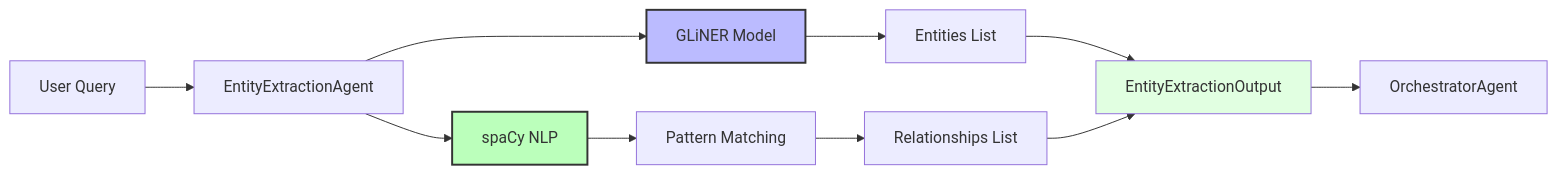
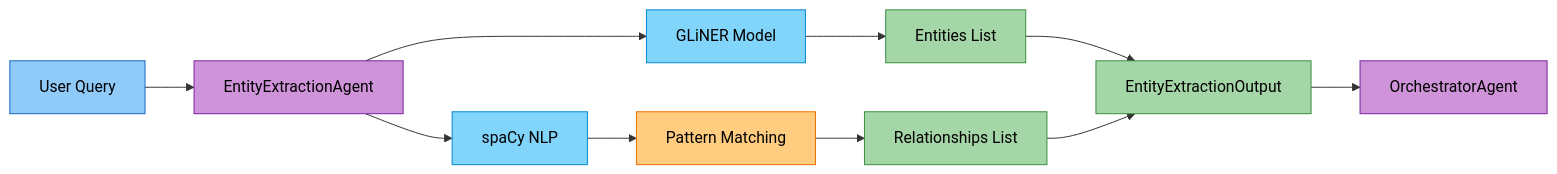
One commit to amit-jain/cogniverse changed the sixth of 20 diagrams in docs/modules/agents.md. Above: the diagram before and after it, drawn with Mermaid. The commit also changed other lines of this file and 83 other files, not shown here.

First line of the commit message:
Fix documentation veracity, formatting, and diagrams across all modules

````diff
--- a/docs/modules/agents.md
+++ b/docs/modules/agents.md
@@ -1149,20 +1079,26 @@
 ```mermaid
-graph LR
-    Query[User Query] --> EntityAgent[EntityExtractionAgent]
+flowchart LR
+    Query["<span style='color:#000'>User Query</span>"] --> EntityAgent["<span style='color:#000'>EntityExtractionAgent</span>"]
 
-    EntityAgent --> GLiNER[GLiNER Model]
-    GLiNER --> Entities[Entities List]
+    EntityAgent --> GLiNER["<span style='color:#000'>GLiNER Model</span>"]
+    GLiNER --> Entities["<span style='color:#000'>Entities List</span>"]
 
-    EntityAgent --> SpaCy[spaCy NLP]
-    SpaCy --> Patterns[Pattern Matching]
-    Patterns --> Relationships[Relationships List]
+    EntityAgent --> SpaCy["<span style='color:#000'>spaCy NLP</span>"]
+    SpaCy --> Patterns["<span style='color:#000'>Pattern Matching</span>"]
+    Patterns --> Relationships["<span style='color:#000'>Relationships List</span>"]
 
-    Entities --> Output[EntityExtractionOutput]
+    Entities --> Output["<span style='color:#000'>EntityExtractionOutput</span>"]
     Relationships --> Output
 
-    Output --> Orchestrator[OrchestratorAgent]
+    Output --> Orchestrator["<span style='color:#000'>OrchestratorAgent</span>"]
 
-    style GLiNER fill:#bbf,stroke:#333,stroke-width:2px
-    style SpaCy fill:#bfb,stroke:#333,stroke-width:2px
-    style Output fill:#e1ffe1
+    style Query fill:#90caf9,stroke:#1565c0,color:#000
+    style EntityAgent fill:#ce93d8,stroke:#7b1fa2,color:#000
+    style GLiNER fill:#81d4fa,stroke:#0288d1,color:#000
+    style SpaCy fill:#81d4fa,stroke:#0288d1,color:#000
+    style Entities fill:#a5d6a7,stroke:#388e3c,color:#000
+    style Patterns fill:#ffcc80,stroke:#ef6c00,color:#000
+    style Relationships fill:#a5d6a7,stroke:#388e3c,color:#000
+    style Output fill:#a5d6a7,stroke:#388e3c,color:#000
+    style Orchestrator fill:#ce93d8,stroke:#7b1fa2,color:#000
 ```
````
